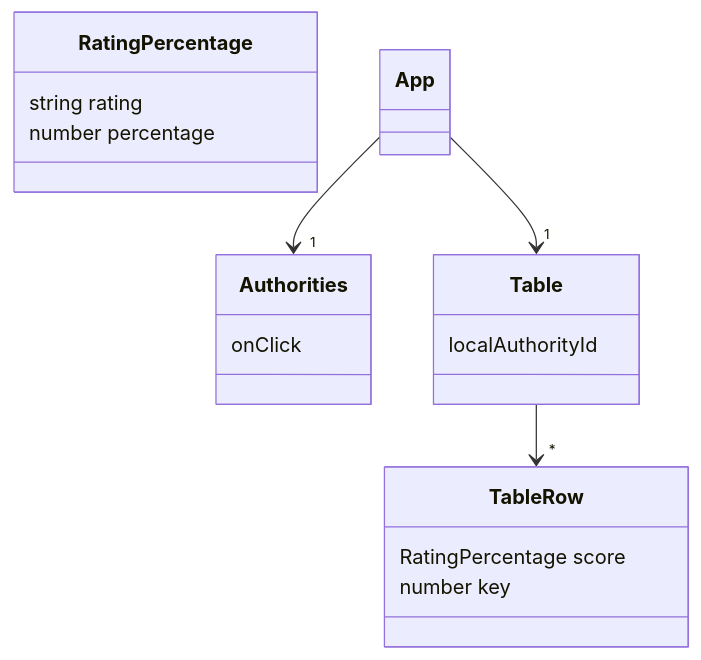
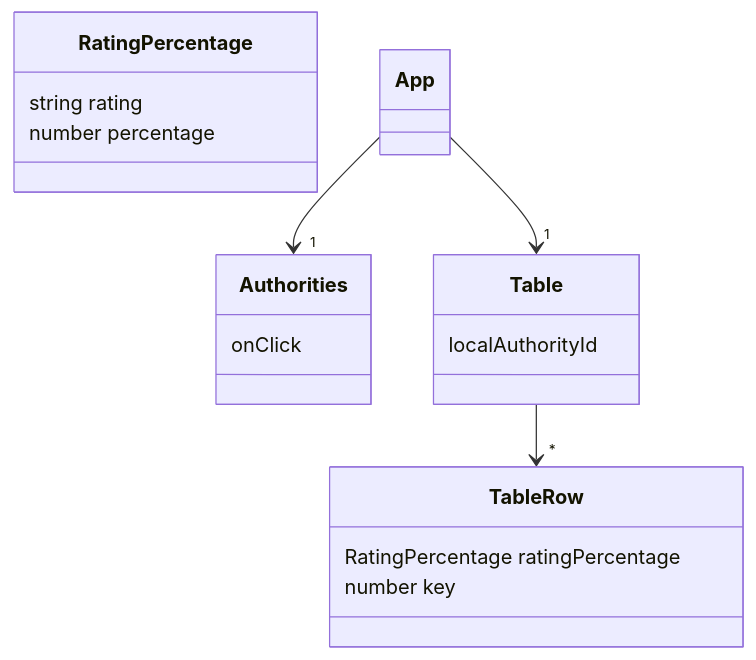
Before and after one commit to jg210/spring-experiments: the diagram in README.md, drawn with Mermaid. The commit also changed 1 other file, not shown here.

Commit message:
Rename score to ratingPercentage, to match type.

````diff
--- a/README.md
+++ b/README.md
@@ -16,22 +16,22 @@
 ```mermaid
 classDiagram
     %% Data Model
     class RatingPercentage {
        string rating
        number percentage
     }
     %% Components
     class Authorities {
          onClick
     }
     class Table {
         localAuthorityId
     }
     class TableRow {
-        RatingPercentage score
+        RatingPercentage ratingPercentage
         number key
     }
     App --> "1" Authorities
     App --> "1" Table
     Table --> "*" TableRow
 ```
````
